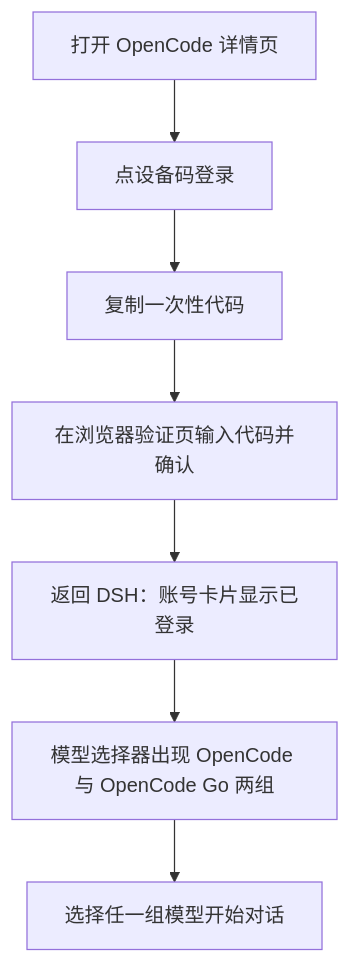
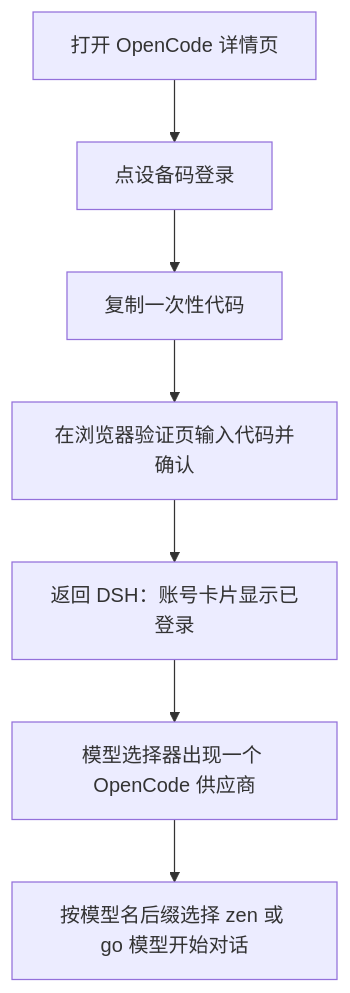
One commit to FNOSP/fnos-dsh changed the diagram in docs/plugins/dsh-opencode.md. Above: the diagram before and after it, drawn with Mermaid. The commit also changed other lines of this file and 24 other files, not shown here.

````diff
--- a/docs/plugins/dsh-opencode.md
+++ b/docs/plugins/dsh-opencode.md
@@ -22,9 +22,9 @@
 ```mermaid
 flowchart TD
   A[打开 OpenCode 详情页] --> B[点设备码登录]
   B --> C[复制一次性代码]
   C --> D[在浏览器验证页输入代码并确认]
   D --> E[返回 DSH：账号卡片显示已登录]
-  E --> F[模型选择器出现 OpenCode 与 OpenCode Go 两组]
-  F --> G[选择任一组模型开始对话]
+  E --> F[模型选择器出现一个 OpenCode 供应商]
+  F --> G[按模型名后缀选择 zen 或 go 模型开始对话]
 ```
````
